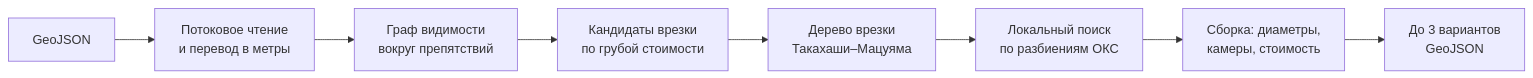
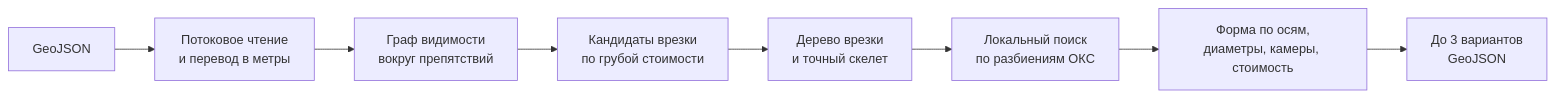
Before and after one commit to NewaccOOO/LCT: the diagram in README.md, drawn with Mermaid. The commit also changed other lines of this file and 54 other files, not shown here.

````diff
--- a/README.md
+++ b/README.md
@@ -114,10 +66,10 @@
 ```mermaid
 flowchart LR
     A[GeoJSON] --> B[Потоковое чтение<br/>и перевод в метры]
     B --> C[Граф видимости<br/>вокруг препятствий]
     C --> D[Кандидаты врезки<br/>по грубой стоимости]
-    D --> E[Дерево врезки<br/>Такахаши–Мацуяма]
+    D --> E[Дерево врезки<br/>и точный скелет]
     E --> F[Локальный поиск<br/>по разбиениям ОКС]
-    F --> G[Сборка: диаметры,<br/>камеры, стоимость]
+    F --> G[Форма по осям,<br/>диаметры, камеры, стоимость]
     G --> H[До 3 вариантов<br/>GeoJSON]
 ```
````
